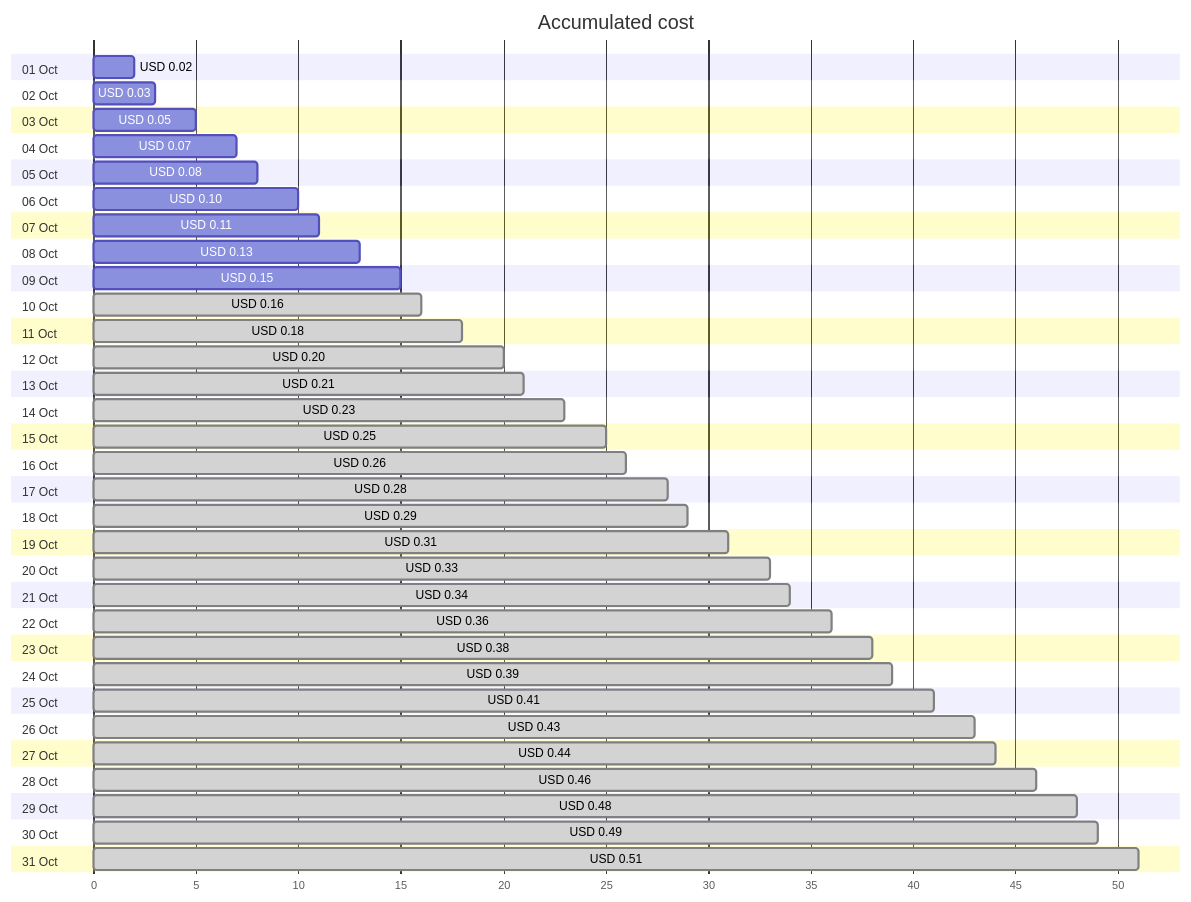
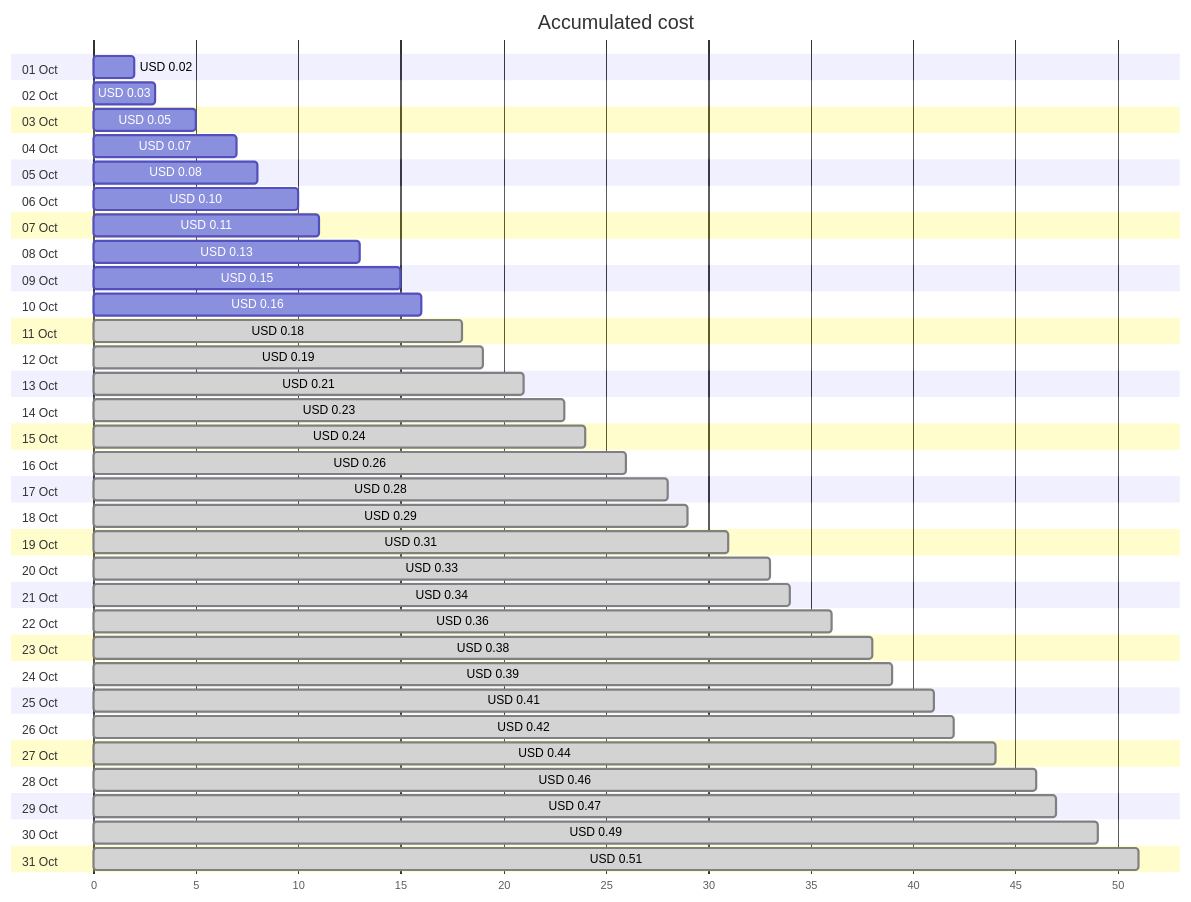
One commit to jpfulton/azure-personal-reports changed the first of 4 diagrams in cost-reports/personal-dns/jpatrickfulton.dev.md. Above: the diagram before and after it, drawn with Mermaid. The commit also changed other lines of this file and 2 other files, not shown here.

````diff
--- a/cost-reports/personal-dns/jpatrickfulton.dev.md
+++ b/cost-reports/personal-dns/jpatrickfulton.dev.md
@@ -20,68 +20,68 @@
 ```mermaid
 gantt
    title Accumulated cost
    dateFormat  X
    axisFormat %s
    section 01 Oct
    USD 0.02 :0, 2
    section 02 Oct
    USD 0.03 :0, 3
    section 03 Oct
    USD 0.05 :0, 5
    section 04 Oct
    USD 0.07 :0, 7
    section 05 Oct
    USD 0.08 :0, 8
    section 06 Oct
    USD 0.10 :0, 10
    section 07 Oct
    USD 0.11 :0, 11
    section 08 Oct
    USD 0.13 :0, 13
    section 09 Oct
    USD 0.15 :0, 15
    section 10 Oct
-   USD 0.16 : done, 0, 16
+   USD 0.16 :0, 16
    section 11 Oct
    USD 0.18 : done, 0, 18
    section 12 Oct
-   USD 0.20 : done, 0, 20
+   USD 0.19 : done, 0, 19
    section 13 Oct
    USD 0.21 : done, 0, 21
    section 14 Oct
    USD 0.23 : done, 0, 23
    section 15 Oct
-   USD 0.25 : done, 0, 25
+   USD 0.24 : done, 0, 24
    section 16 Oct
    USD 0.26 : done, 0, 26
    section 17 Oct
    USD 0.28 : done, 0, 28
    section 18 Oct
    USD 0.29 : done, 0, 29
    section 19 Oct
    USD 0.31 : done, 0, 31
    section 20 Oct
    USD 0.33 : done, 0, 33
    section 21 Oct
    USD 0.34 : done, 0, 34
    section 22 Oct
    USD 0.36 : done, 0, 36
    section 23 Oct
    USD 0.38 : done, 0, 38
    section 24 Oct
    USD 0.39 : done, 0, 39
    section 25 Oct
    USD 0.41 : done, 0, 41
    section 26 Oct
-   USD 0.43 : done, 0, 43
+   USD 0.42 : done, 0, 42
    section 27 Oct
    USD 0.44 : done, 0, 44
    section 28 Oct
    USD 0.46 : done, 0, 46
    section 29 Oct
-   USD 0.48 : done, 0, 48
+   USD 0.47 : done, 0, 47
    section 30 Oct
    USD 0.49 : done, 0, 49
    section 31 Oct
    USD 0.51 : done, 0, 51
 ```
````
